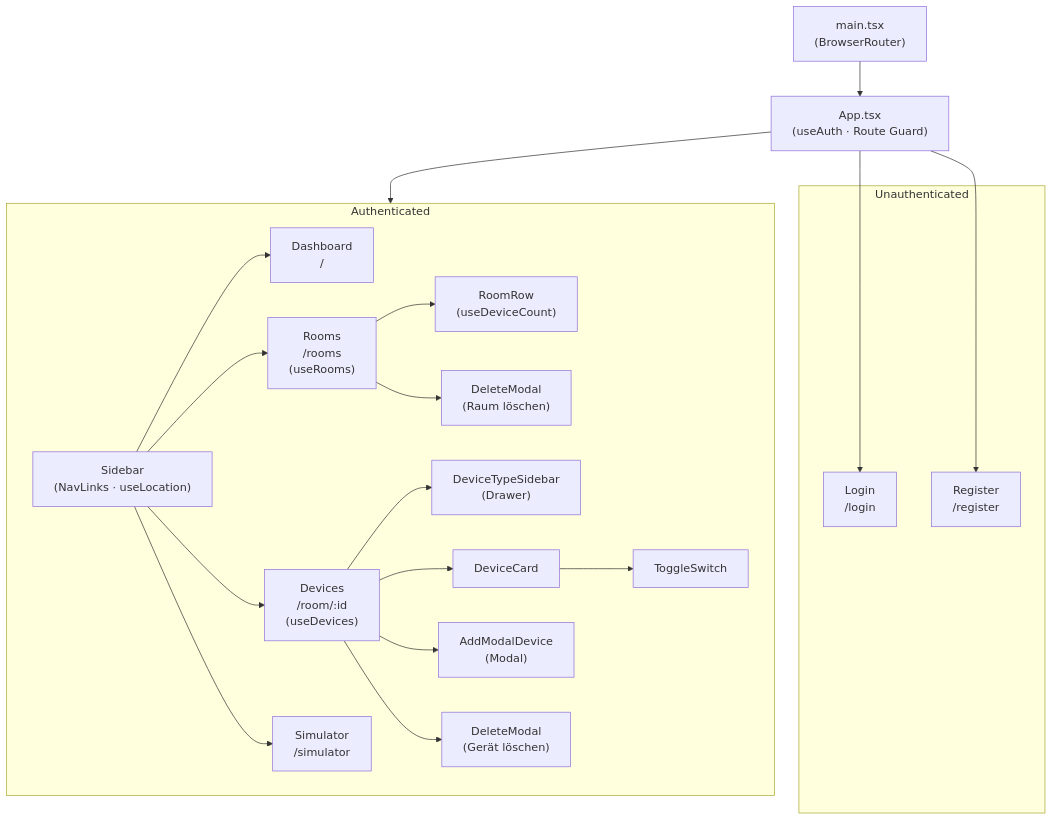
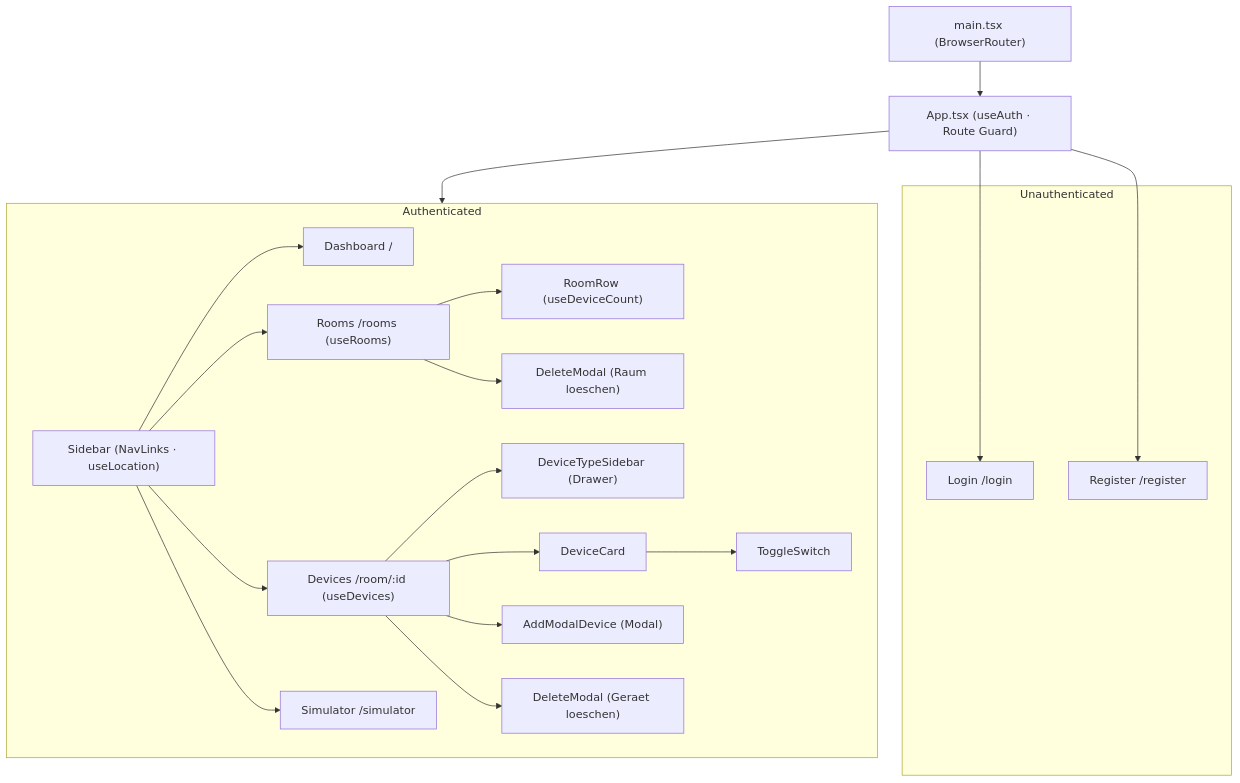
The first of 5 diagrams in docs/uml-diagram.md (jku-win-se/teaching-2026.ss.prse.braeuer.team5), drawn with Mermaid before and after one commit. The commit also changed other lines of this file, not shown here.

First line of the commit message:
#62 [0.1] Hinzufügen von Datenbankschema UML

````diff
--- a/docs/uml-diagram.md
+++ b/docs/uml-diagram.md
@@ -5,44 +5,44 @@
 ```mermaid
 graph TD
-    main["main.tsx\n(BrowserRouter)"]
-    App["App.tsx\n(useAuth · Route Guard)"]
+    main["main.tsx (BrowserRouter)"]
+    App["App.tsx (useAuth · Route Guard)"]
 
     subgraph Unauthenticated
-        Login["Login\n/login"]
-        Register["Register\n/register"]
+        Login["Login /login"]
+        Register["Register /register"]
     end
 
     subgraph Authenticated
-        Sidebar["Sidebar\n(NavLinks · useLocation)"]
-        Dashboard["Dashboard\n/"]
-        Rooms["Rooms\n/rooms\n(useRooms)"]
-        RoomRow["RoomRow\n(useDeviceCount)"]
-        Devices["Devices\n/room/:id\n(useDevices)"]
-        Simulator["Simulator\n/simulator"]
-        DeviceTypeSidebar["DeviceTypeSidebar\n(Drawer)"]
+        Sidebar["Sidebar (NavLinks · useLocation)"]
+        Dashboard["Dashboard /"]
+        Rooms["Rooms /rooms (useRooms)"]
+        RoomRow["RoomRow (useDeviceCount)"]
+        Devices["Devices /room/:id (useDevices)"]
+        Simulator["Simulator /simulator"]
+        DeviceTypeSidebar["DeviceTypeSidebar (Drawer)"]
         DeviceCard["DeviceCard"]
         ToggleSwitch["ToggleSwitch"]
-        AddModalDevice["AddModalDevice\n(Modal)"]
-        DeleteModalDevices["DeleteModal\n(Gerät löschen)"]
-        DeleteModalRooms["DeleteModal\n(Raum löschen)"]
+        AddModalDevice["AddModalDevice (Modal)"]
+        DeleteModalDevices["DeleteModal (Geraet loeschen)"]
+        DeleteModalRooms["DeleteModal (Raum loeschen)"]
     end
 
     main --> App
     App --> Login
     App --> Register
     App --> Authenticated
 
     Sidebar --> Dashboard
     Sidebar --> Rooms
     Sidebar --> Devices
     Sidebar --> Simulator
 
     Rooms --> RoomRow
     Rooms --> DeleteModalRooms
 
     Devices --> DeviceTypeSidebar
     Devices --> DeviceCard
     Devices --> AddModalDevice
     Devices --> DeleteModalDevices
     DeviceCard --> ToggleSwitch
 ```
````
